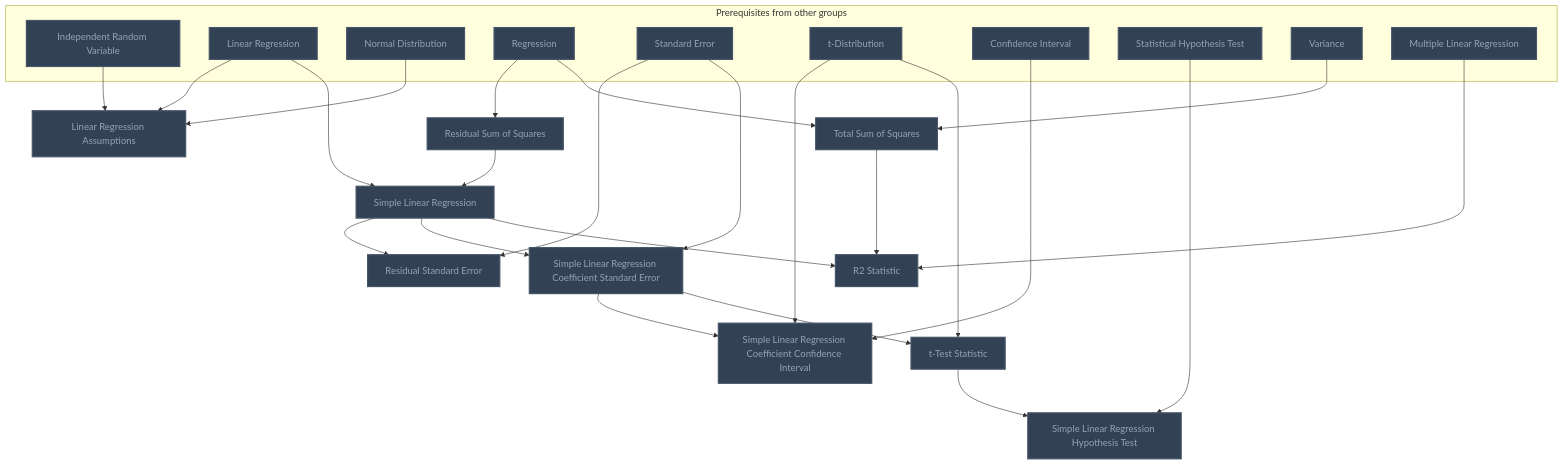
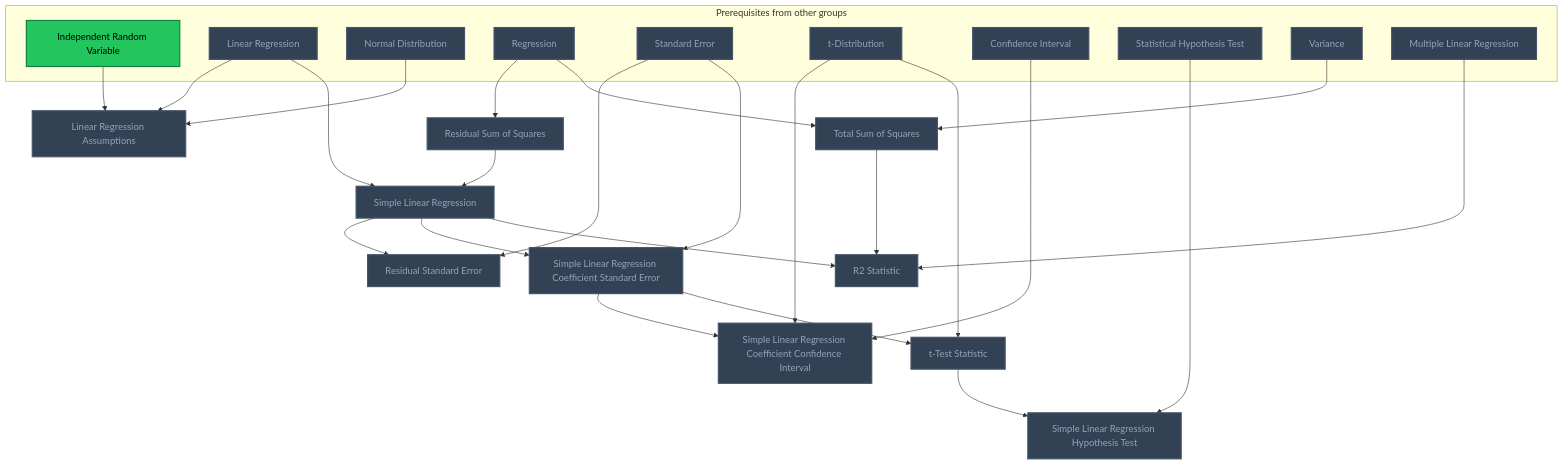
The third of 4 diagrams in Gamification/Skill Trees/Statistical Learning.md (MRauf1/My-Notes), drawn with Mermaid before and after one commit. The commit also changed other lines of this file and 42 other files, not shown here.

````diff
--- a/Gamification/Skill Trees/Statistical Learning.md
+++ b/Gamification/Skill Trees/Statistical Learning.md
@@ -112,58 +113,59 @@
 ```mermaid
 flowchart TD
     classDef planned fill:#1E293B,stroke:#64748B,stroke-width:2px,stroke-dasharray:5 5,color:#94A3B8;
     classDef locked fill:#334155,stroke:#475569,stroke-width:2px,color:#94A3B8;
     classDef L0 fill:#F1F5F9,stroke:#94A3B8,stroke-width:2px,color:#000000;
     classDef L1 fill:#22C55E,stroke:#15803D,stroke-width:2px,color:#000000;
     classDef L2 fill:#3B82F6,stroke:#1D4ED8,stroke-width:3px,color:#FFFFFF;
     classDef L3 fill:#A855F7,stroke:#6B21A8,stroke-width:3px,color:#FFFFFF,font-weight:bold;
     classDef L4 fill:#F97316,stroke:#C2410C,stroke-width:4px,color:#000000,font-weight:bold;
     classDef L5 fill:#FFD700,stroke:#FF8C00,stroke-width:5px,color:#000000,font-weight:bold;
     classDef rusty stroke:#8B4513,stroke-width:4px,stroke-dasharray:3 3;
     subgraph sg_prereqs["Prerequisites from other groups"]
         n_independent_random_variable["Independent Random Variable"]
         n_linear_regression["Linear Regression"]
         n_normal_distribution["Normal Distribution"]
         n_regression["Regression"]
         n_standard_error["Standard Error"]
         n_t_distribution["t-Distribution"]
         n_confidence_interval["Confidence Interval"]
         n_statistical_hypothesis_test["Statistical Hypothesis Test"]
         n_variance["Variance"]
         n_multiple_linear_regression["Multiple Linear Regression"]
     end
     n_linear_regression_assumptions["Linear Regression Assumptions"]
     n_residual_sum_of_squares["Residual Sum of Squares"]
     n_simple_linear_regression["Simple Linear Regression"]
     n_residual_standard_error["Residual Standard Error"]
     n_simple_linear_regression_coefficient_standard_error["Simple Linear Regression Coefficient Standard Error"]
     n_simple_linear_regression_coefficient_confidence_interval["Simple Linear Regression Coefficient Confidence Interval"]
     n_t_test_statistic["t-Test Statistic"]
     n_simple_linear_regression_hypothesis_test["Simple Linear Regression Hypothesis Test"]
     n_total_sum_of_squares["Total Sum of Squares"]
     n_r2_statistic["R2 Statistic"]
     n_independent_random_variable --> n_linear_regression_assumptions
     n_linear_regression --> n_linear_regression_assumptions
     n_normal_distribution --> n_linear_regression_assumptions
     n_regression --> n_residual_sum_of_squares
     n_linear_regression --> n_simple_linear_regression
     n_residual_sum_of_squares --> n_simple_linear_regression
     n_simple_linear_regression --> n_residual_standard_error
     n_standard_error --> n_residual_standard_error
     n_simple_linear_regression --> n_simple_linear_regression_coefficient_standard_error
     n_standard_error --> n_simple_linear_regression_coefficient_standard_error
     n_t_distribution --> n_simple_linear_regression_coefficient_confidence_interval
     n_confidence_interval --> n_simple_linear_regression_coefficient_confidence_interval
     n_simple_linear_regression_coefficient_standard_error --> n_simple_linear_regression_coefficient_confidence_interval
     n_t_distribution --> n_t_test_statistic
     n_simple_linear_regression_coefficient_standard_error --> n_t_test_statistic
     n_statistical_hypothesis_test --> n_simple_linear_regression_hypothesis_test
     n_t_test_statistic --> n_simple_linear_regression_hypothesis_test
     n_regression --> n_total_sum_of_squares
     n_variance --> n_total_sum_of_squares
     n_simple_linear_regression --> n_r2_statistic
     n_total_sum_of_squares --> n_r2_statistic
     n_multiple_linear_regression --> n_r2_statistic
-    class n_independent_random_variable,n_linear_regression,n_normal_distribution,n_regression,n_standard_error,n_t_distribution,n_confidence_interval,n_statistical_hypothesis_test,n_variance,n_multiple_linear_regression,n_linear_regression_assumptions,n_residual_sum_of_squares,n_simple_linear_regression,n_residual_standard_error,n_simple_linear_regression_coefficient_standard_error,n_simple_linear_regression_coefficient_confidence_interval,n_t_test_statistic,n_simple_linear_regression_hypothesis_test,n_total_sum_of_squares,n_r2_statistic locked;
+    class n_linear_regression,n_normal_distribution,n_regression,n_standard_error,n_t_distribution,n_confidence_interval,n_statistical_hypothesis_test,n_variance,n_multiple_linear_regression,n_linear_regression_assumptions,n_residual_sum_of_squares,n_simple_linear_regression,n_residual_standard_error,n_simple_linear_regression_coefficient_standard_error,n_simple_linear_regression_coefficient_confidence_interval,n_t_test_statistic,n_simple_linear_regression_hypothesis_test,n_total_sum_of_squares,n_r2_statistic locked;
+    class n_independent_random_variable L1;
     class n_independent_random_variable,n_linear_regression,n_normal_distribution,n_regression,n_standard_error,n_t_distribution,n_confidence_interval,n_statistical_hypothesis_test,n_variance,n_multiple_linear_regression,n_linear_regression_assumptions,n_residual_sum_of_squares,n_simple_linear_regression,n_residual_standard_error,n_simple_linear_regression_coefficient_standard_error,n_simple_linear_regression_coefficient_confidence_interval,n_t_test_statistic,n_simple_linear_regression_hypothesis_test,n_total_sum_of_squares,n_r2_statistic internal-link;
 ```
````
